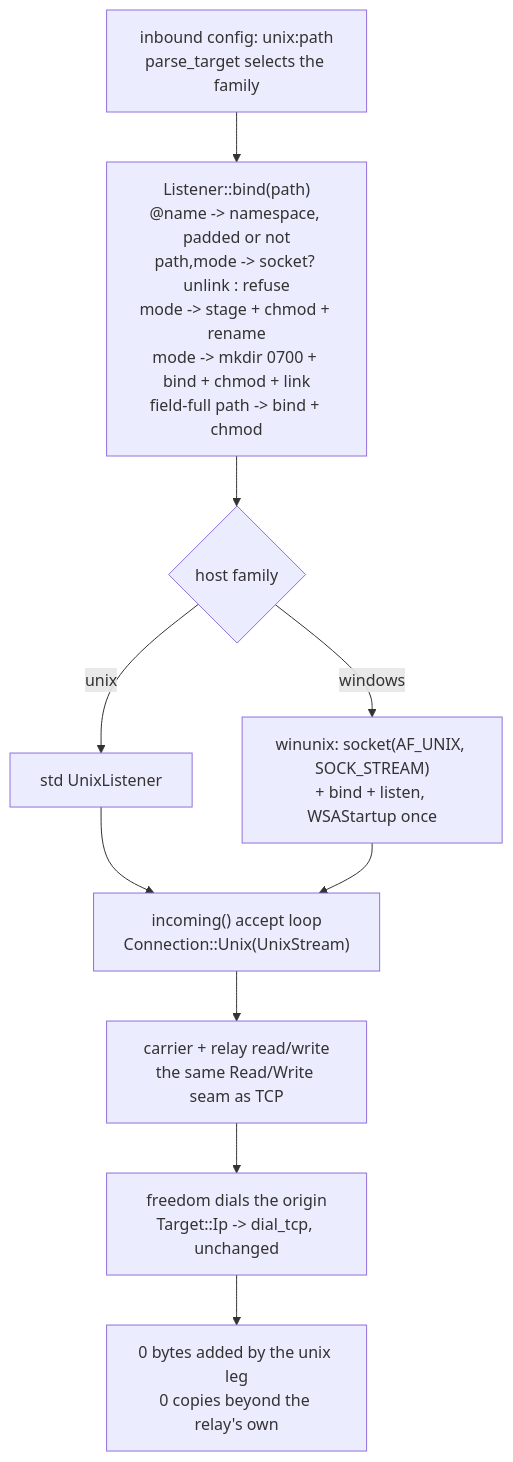
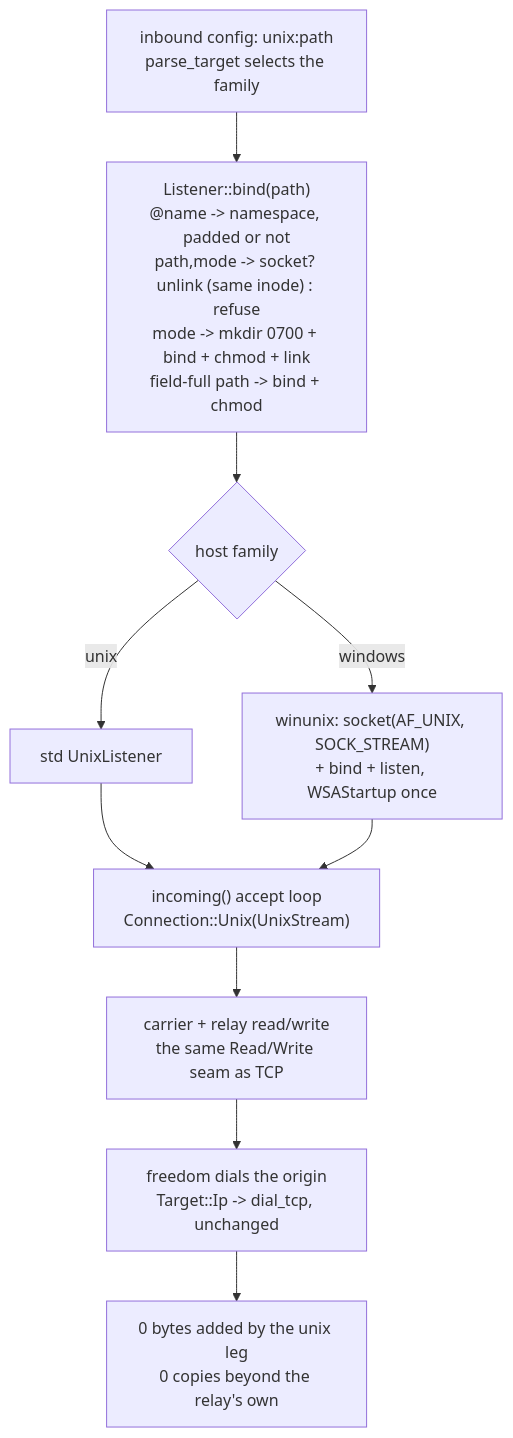
The diagram in docs/function/unix.md (Ferrocite/ferrox), drawn with Mermaid before and after one commit. The commit also changed other lines of this file and 1 other file, not shown here.

Commit message:
unix: keep the directory's error and pin the stale unlink to its inode

````diff
--- a/docs/function/unix.md
+++ b/docs/function/unix.md
@@ -15,12 +15,12 @@
 ```mermaid
 graph TD
-    A["inbound config: unix:path<br/>parse_target selects the family"] --> B["Listener::bind(path)<br/>@name -> namespace, padded or not<br/>path,mode -> socket? unlink : refuse<br/>mode -> stage + chmod + rename<br/>mode -> mkdir 0700 + bind + chmod + link<br/>field-full path -> bind + chmod"]
+    A["inbound config: unix:path<br/>parse_target selects the family"] --> B["Listener::bind(path)<br/>@name -> namespace, padded or not<br/>path,mode -> socket? unlink (same inode) : refuse<br/>mode -> mkdir 0700 + bind + chmod + link<br/>field-full path -> bind + chmod"]
     B --> W{"host family"}
     W -->|"unix"| B1["std UnixListener"]
     W -->|"windows"| B2["winunix: socket(AF_UNIX, SOCK_STREAM)<br/>+ bind + listen, WSAStartup once"]
     B1 --> I["incoming() accept loop<br/>Connection::Unix(UnixStream)"]
     B2 --> I
     I --> C["carrier + relay read/write<br/>the same Read/Write seam as TCP"]
     C --> D["freedom dials the origin<br/>Target::Ip -> dial_tcp, unchanged"]
     D --> Z["0 bytes added by the unix leg<br/>0 copies beyond the relay's own"]
 ```
````
